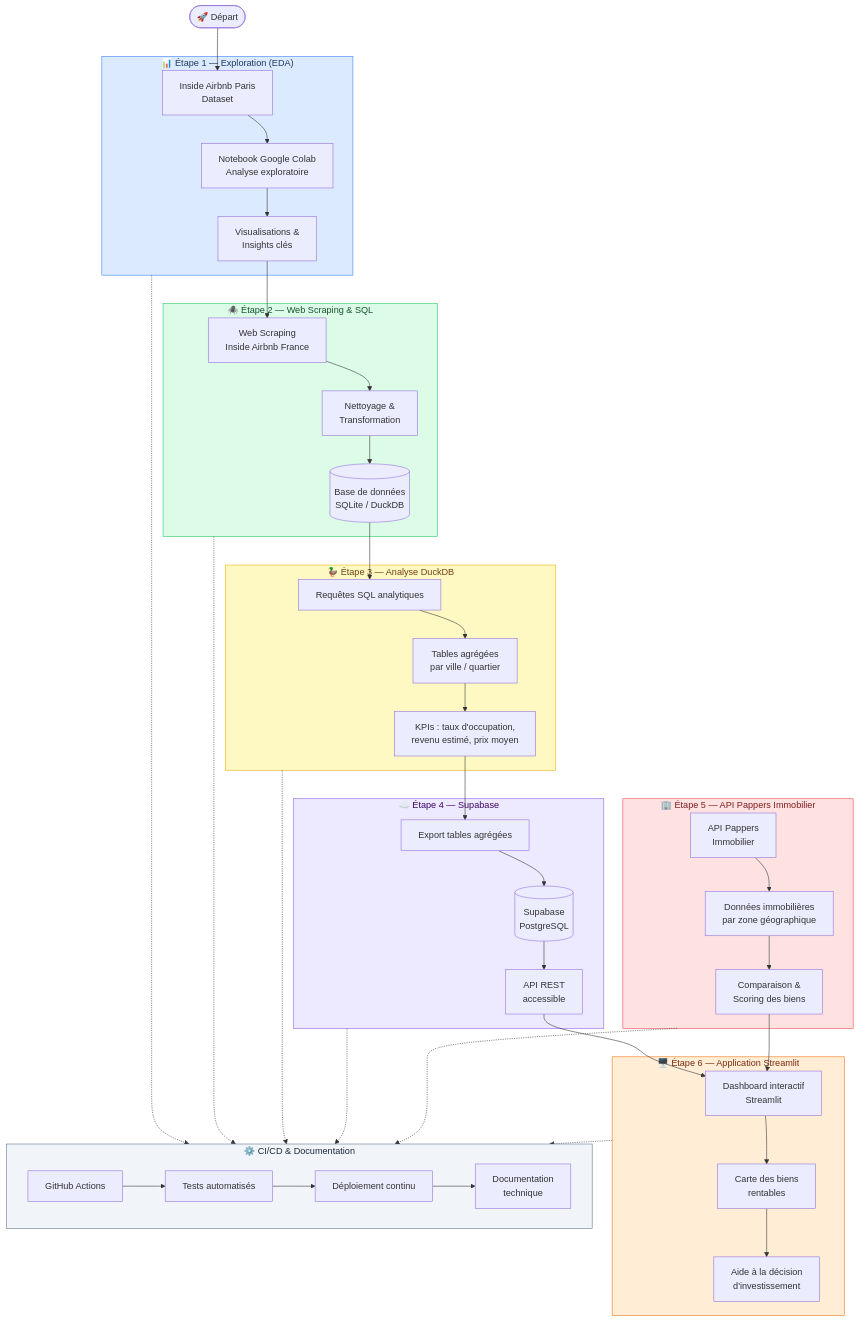
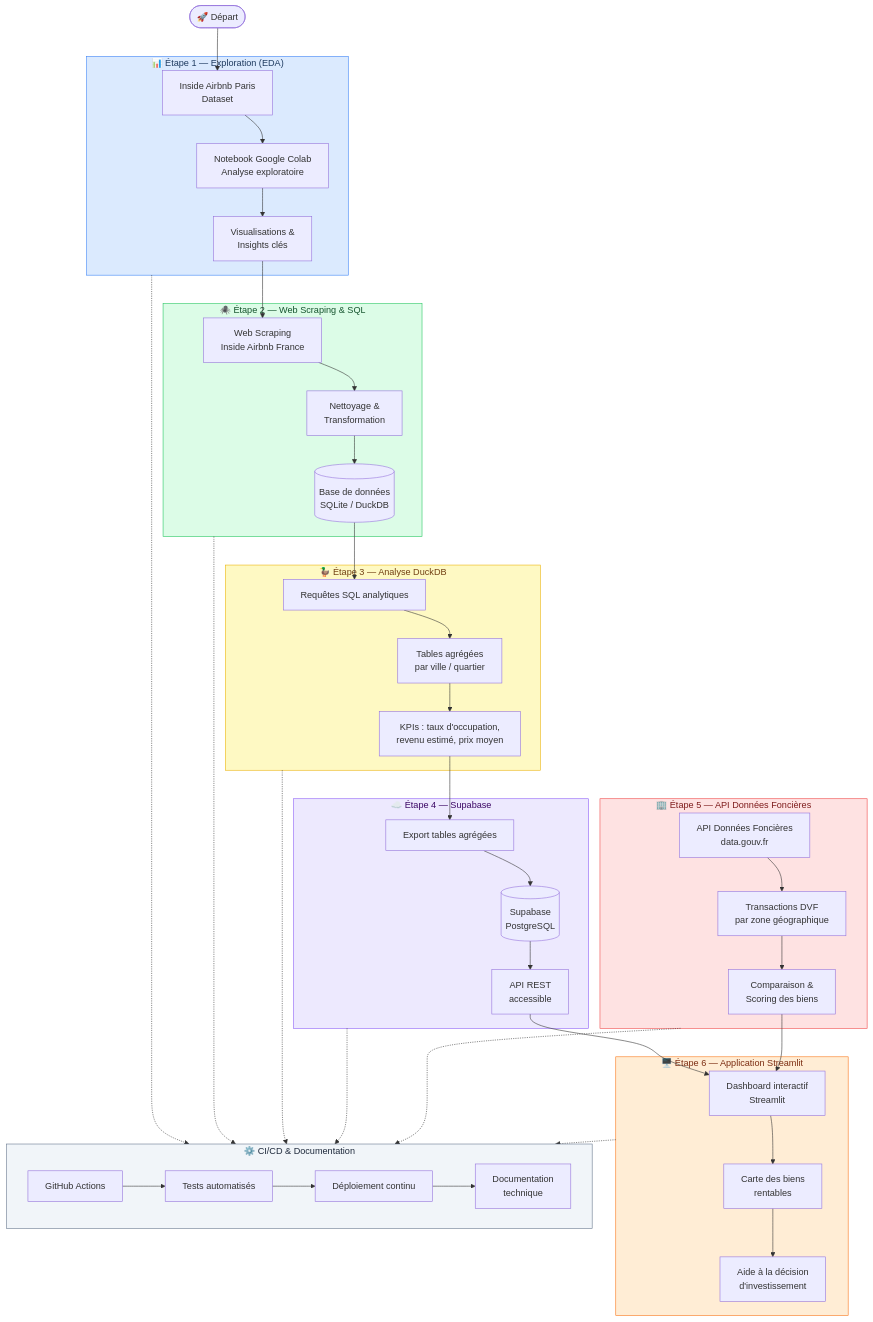
Before and after one commit to tanouar/Airbnb: the diagram in README.md, drawn with Mermaid. The commit also changed other lines of this file and 13 other files, not shown here.

````diff
--- a/README.md
+++ b/README.md
@@ -33,60 +33,60 @@
 ```mermaid
 flowchart TD
     A([🚀 Départ]) --> B
 
     subgraph ETAPE1["📊 Étape 1 — Exploration (EDA)"]
         B[Inside Airbnb Paris\nDataset] --> C[Notebook Google Colab\nAnalyse exploratoire]
         C --> D[Visualisations &\nInsights clés]
     end
 
     subgraph ETAPE2["🕷️ Étape 2 — Web Scraping & SQL"]
         E[Web Scraping\nInside Airbnb France] --> F[Nettoyage &\nTransformation]
         F --> G[(Base de données\nSQLite / DuckDB)]
     end
 
     subgraph ETAPE3["🦆 Étape 3 — Analyse DuckDB"]
         H[Requêtes SQL analytiques] --> I[Tables agrégées\npar ville / quartier]
         I --> J[KPIs : taux d'occupation,\nrevenu estimé, prix moyen]
     end
 
     subgraph ETAPE4["☁️ Étape 4 — Supabase"]
         K[Export tables agrégées] --> L[(Supabase\nPostgreSQL)]
         L --> M[API REST\naccessible]
     end
 
-    subgraph ETAPE5["🏢 Étape 5 — API Pappers Immobilier"]
-        N[API Pappers\nImmobilier] --> O[Données immobilières\npar zone géographique]
+    subgraph ETAPE5["🏢 Étape 5 — API Données Foncières"]
+        N[API Données Foncières\ndata.gouv.fr] --> O[Transactions DVF\npar zone géographique]
         O --> P[Comparaison &\nScoring des biens]
     end
 
     subgraph ETAPE6["🖥️ Étape 6 — Application Streamlit"]
         Q[Dashboard interactif\nStreamlit] --> R[Carte des biens\nrentables]
         R --> S[Aide à la décision\nd'investissement]
     end
 
     subgraph CICD["⚙️ CI/CD & Documentation"]
         T[GitHub Actions] --> U[Tests automatisés]
         U --> V[Déploiement continu]
         V --> W[Documentation\ntechnique]
     end
 
     D --> E
     G --> H
     J --> K
     M --> Q
     P --> Q
     ETAPE1 -.-> CICD
     ETAPE2 -.-> CICD
     ETAPE3 -.-> CICD
     ETAPE4 -.-> CICD
     ETAPE5 -.-> CICD
     ETAPE6 -.-> CICD
 
     style ETAPE1 fill:#dbeafe,stroke:#3b82f6,color:#1e3a5f
     style ETAPE2 fill:#dcfce7,stroke:#22c55e,color:#14532d
     style ETAPE3 fill:#fef9c3,stroke:#eab308,color:#713f12
     style ETAPE4 fill:#ede9fe,stroke:#8b5cf6,color:#3b0764
     style ETAPE5 fill:#fee2e2,stroke:#ef4444,color:#7f1d1d
     style ETAPE6 fill:#ffedd5,stroke:#f97316,color:#7c2d12
     style CICD fill:#f1f5f9,stroke:#64748b,color:#1e293b
 ```
````
